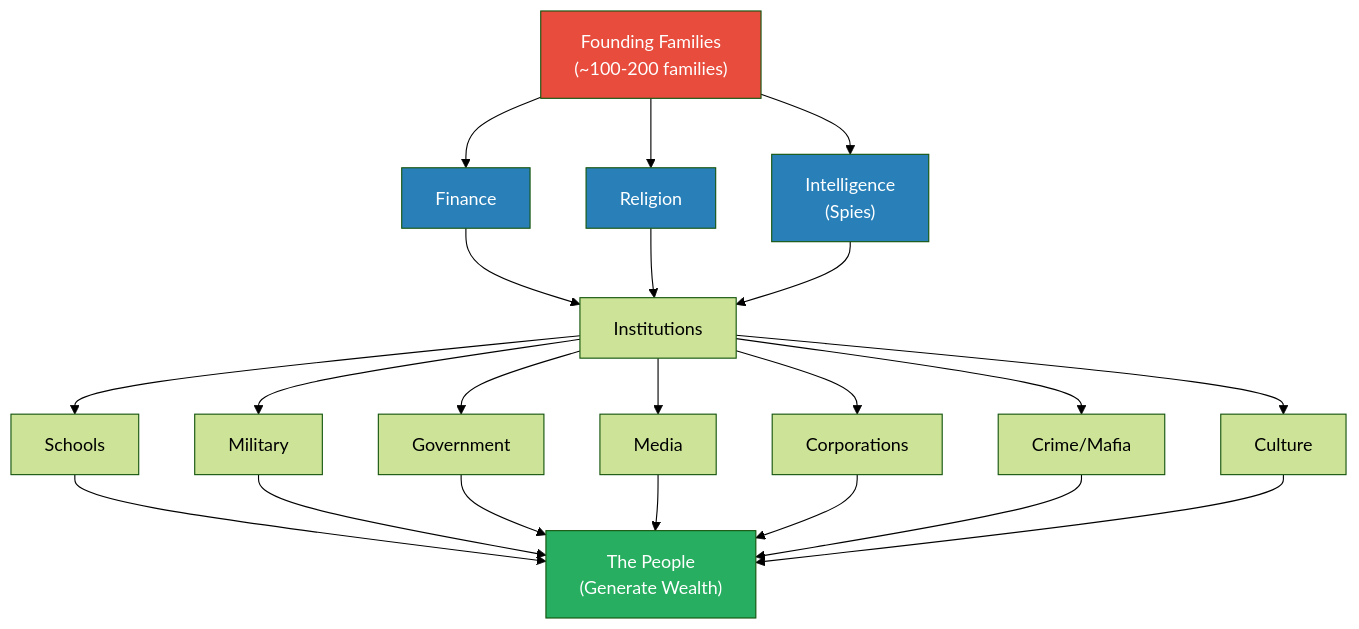
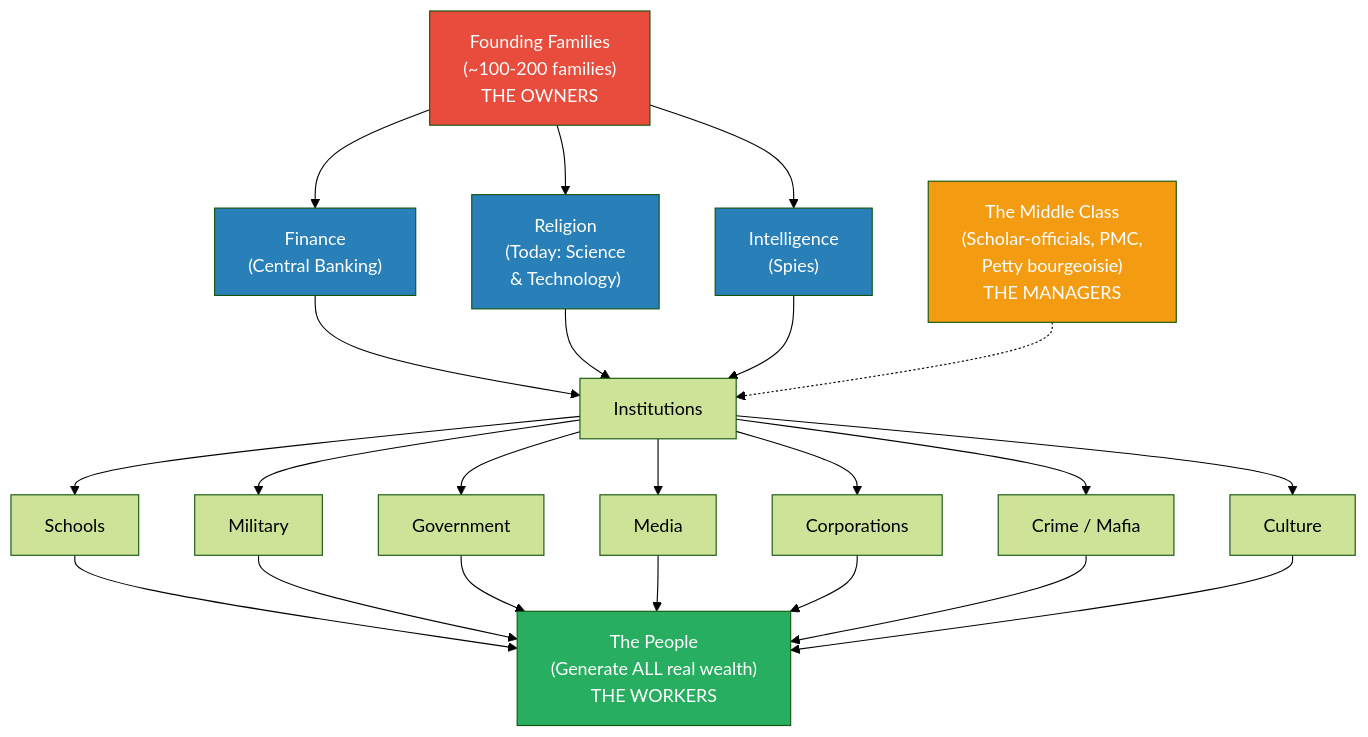
Before and after one commit to alius33/reader: the sixth of 11 diagrams in summaries/Lectures/Secret History/02 - How Societies Collapse.md, drawn with Mermaid (forest theme). The commit also changed other lines of this file and 26 other files, not shown here.

````diff
--- a/summaries/Lectures/Secret History/02 - How Societies Collapse.md
+++ b/summaries/Lectures/Secret History/02 - How Societies Collapse.md
@@ -247,21 +284,23 @@
 ```mermaid
 flowchart TB
-    F["Founding Families<br/>(~100-200 families)"]
-    F --> P1["Finance"]
-    F --> P2["Religion"]
+    F["Founding Families<br/>(~100-200 families)<br/>THE OWNERS"]
+    F --> P1["Finance<br/>(Central Banking)"]
+    F --> P2["Religion<br/>(Today: Science<br/>& Technology)"]
     F --> P3["Intelligence<br/>(Spies)"]
     P1 & P2 & P3 --> I["Institutions"]
     I --> S["Schools"]
     I --> MI["Military"]
     I --> G["Government"]
     I --> ME["Media"]
     I --> CO["Corporations"]
-    I --> CR["Crime/Mafia"]
+    I --> CR["Crime / Mafia"]
     I --> CU["Culture"]
-    S & MI & G & ME & CO & CR & CU --> PP["The People<br/>(Generate Wealth)"]
+    S & MI & G & ME & CO & CR & CU --> PP["The People<br/>(Generate ALL real wealth)<br/>THE WORKERS"]
+    MC["The Middle Class<br/>(Scholar-officials, PMC,<br/>Petty bourgeoisie)<br/>THE MANAGERS"] -.-> I
     style F fill:#e74c3c,color:#fff
     style P1 fill:#2980b9,color:#fff
     style P2 fill:#2980b9,color:#fff
     style P3 fill:#2980b9,color:#fff
     style PP fill:#27ae60,color:#fff
+    style MC fill:#f39c12,color:#fff
 ```
````
